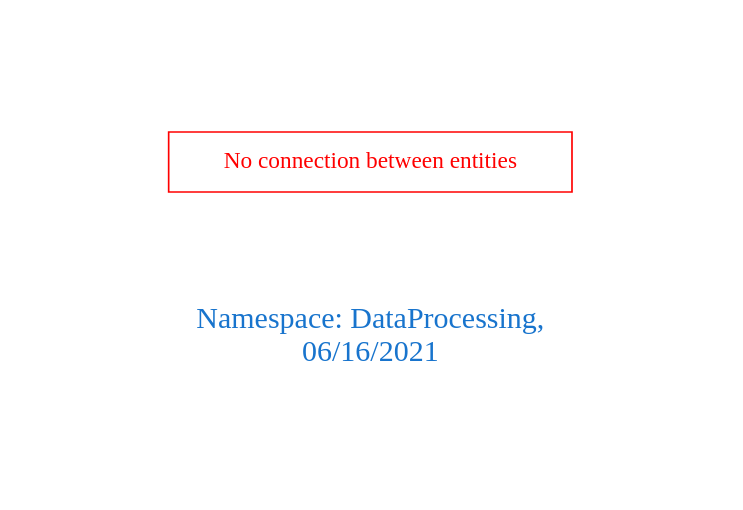
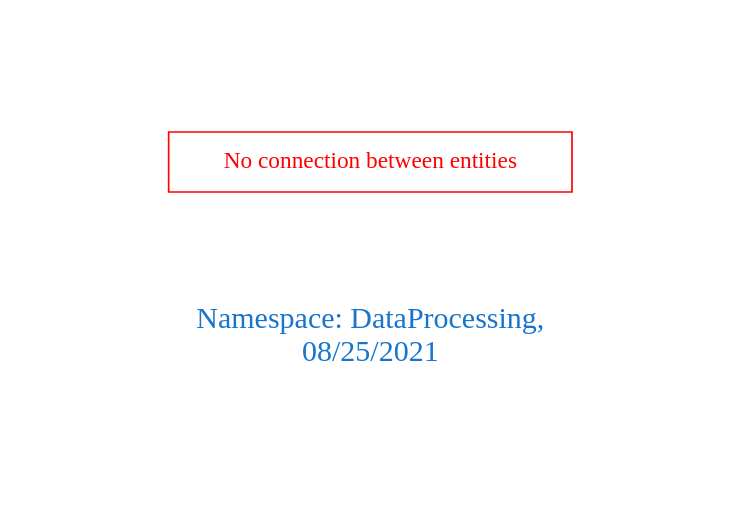
Before and after one commit to arago/OGIT: the diagram in downloads/DataProcessing.dot, drawn with Graphviz. The commit also changed 1911 other files, not shown here.

```diff
--- a/downloads/DataProcessing.dot
+++ b/downloads/DataProcessing.dot
@@ -1,9 +1,9 @@
 digraph OGIT_ontology {
  graph [ rankdir= LR,pad=1 
 fontsize = 18,
-fontcolor= dodgerblue3,label = "\n\n\nNamespace: DataProcessing, \n 06/16/2021"];
+fontcolor= dodgerblue3,label = "\n\n\nNamespace: DataProcessing, \n 08/25/2021"];
 node[shape=polygon];
 edge [  color="gray81"];
 
 "No connection between entities" [fontcolor = "red",color="red", shape="polygon"]
 }
```
